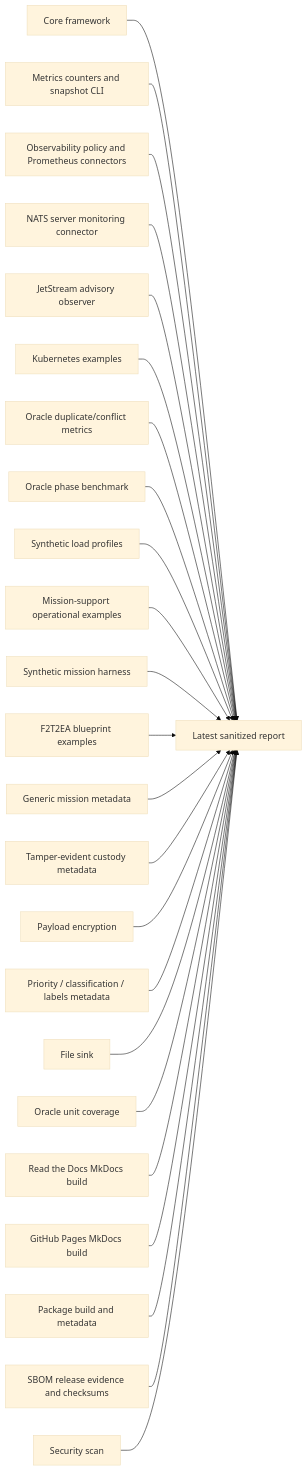
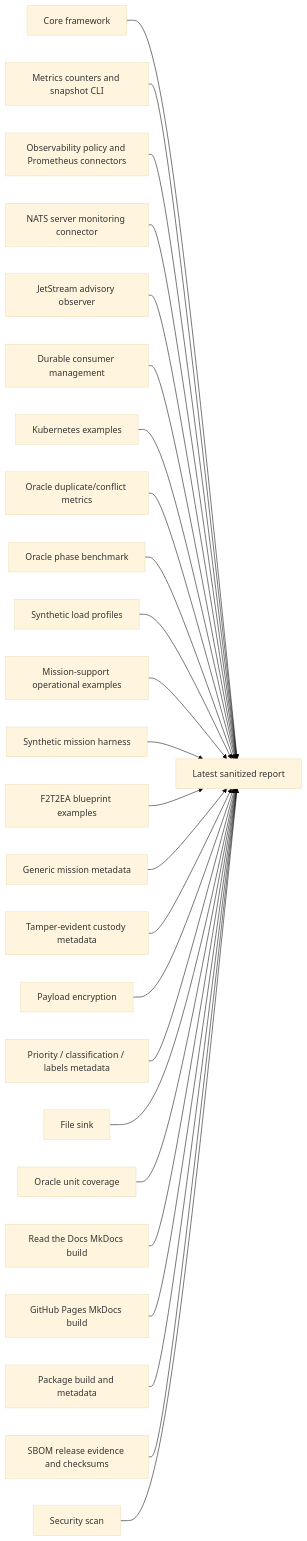
The first of 5 diagrams in docs/test-report.md (ProjectCuillin/nats-sinks), drawn with Mermaid (base theme) before and after one commit. The commit also changed other lines of this file and 24 other files, not shown here.

Commit message:
Add JetStream consumer management

````diff
--- a/docs/test-report.md
+++ b/docs/test-report.md
@@ -85,26 +86,27 @@
 ```mermaid
 flowchart LR
     Core[Core framework] --> Report[Latest sanitized report]
     Metrics[Metrics counters and snapshot CLI] --> Report
     Observe[Observability policy and Prometheus connectors] --> Report
     NATSMon[NATS server monitoring connector] --> Report
     Advisories[JetStream advisory observer] --> Report
+    Consumers[Durable consumer management] --> Report
     K8s[Kubernetes examples] --> Report
     OracleMetrics[Oracle duplicate/conflict metrics] --> Report
     OracleBenchmark[Oracle phase benchmark] --> Report
     LoadProfiles[Synthetic load profiles] --> Report
     MissionOps[Mission-support operational examples] --> Report
     Synthetic[Synthetic mission harness] --> Report
     F2T2EA[F2T2EA blueprint examples] --> Report
     MissionMeta[Generic mission metadata] --> Report
     Custody[Tamper-evident custody metadata] --> Report
     Crypto[Payload encryption] --> Report
     MessageMeta[Priority / classification / labels metadata] --> Report
     File[File sink] --> Report
     OracleUnit[Oracle unit coverage] --> Report
     DocsRTD[Read the Docs MkDocs build] --> Report
     DocsPages[GitHub Pages MkDocs build] --> Report
     Package[Package build and metadata] --> Report
     SBOM[SBOM release evidence and checksums] --> Report
     Security[Security scan] --> Report
 ```
````
